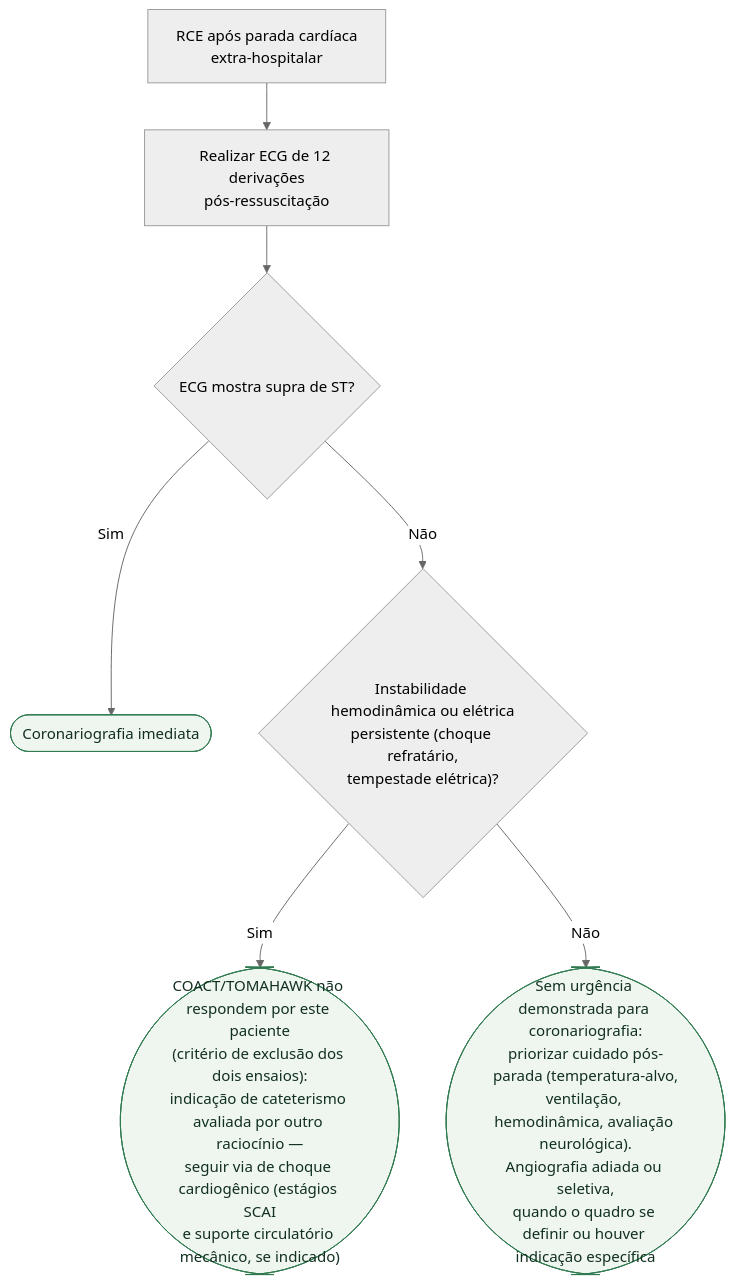
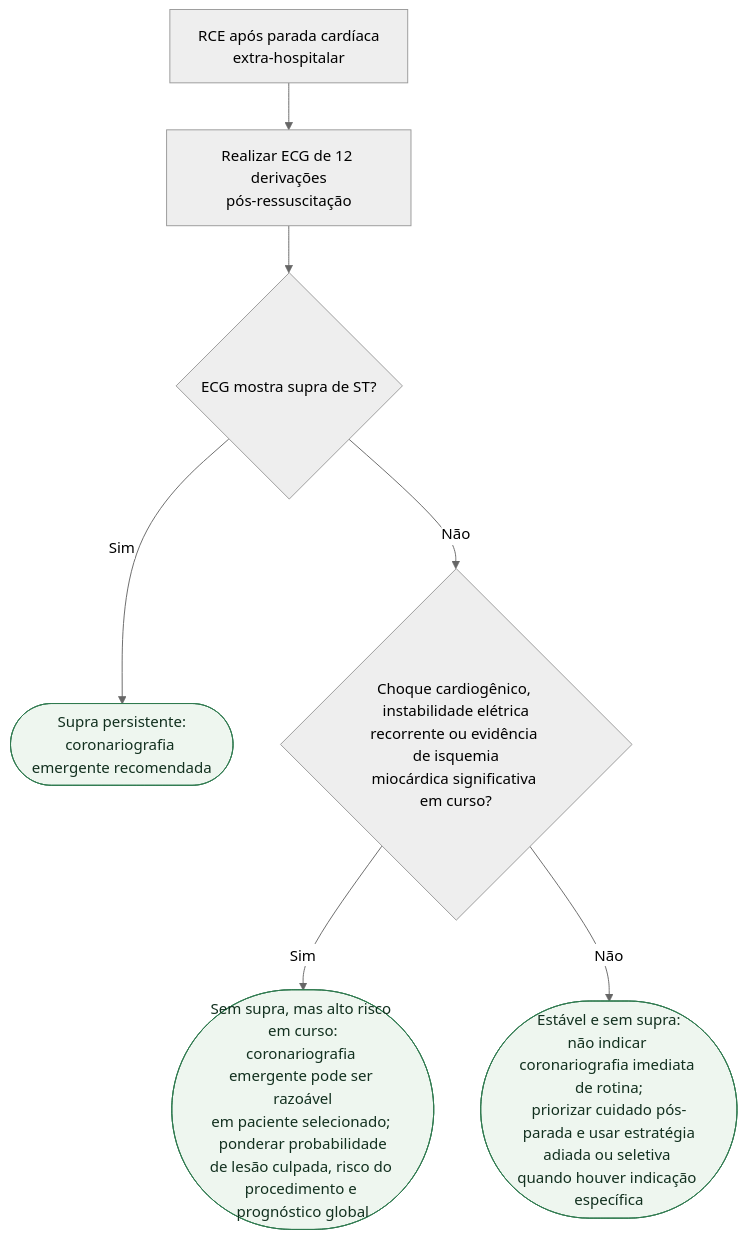
Before and after one commit to rafaelpaesmeirelles/MeuCardio: the diagram in content/Terapia_intensiva/fluxograma-cuidado-pos-parada-e-coronariografia.md, drawn with Mermaid (neutral theme). The commit also changed other lines of this file and 22 other files, not shown here.

````diff
--- a/content/Terapia_intensiva/fluxograma-cuidado-pos-parada-e-coronariografia.md
+++ b/content/Terapia_intensiva/fluxograma-cuidado-pos-parada-e-coronariografia.md
@@ -22,20 +23,20 @@
 ```mermaid
 flowchart TD
   R0["RCE após parada cardíaca<br/>extra-hospitalar"]
   P1["Realizar ECG de 12 derivações<br/>pós-ressuscitação"]
   D1{"ECG mostra supra de ST?"}
-  C1(["Coronariografia imediata"])
-  D2{"Instabilidade hemodinâmica ou elétrica<br/>persistente (choque refratário,<br/>tempestade elétrica)?"}
-  C2(["COACT/TOMAHAWK não respondem por este paciente<br/>(critério de exclusão dos dois ensaios):<br/>indicação de cateterismo avaliada por outro raciocínio —<br/>seguir via de choque cardiogênico (estágios SCAI<br/>e suporte circulatório mecânico, se indicado)"])
-  C3(["Sem urgência demonstrada para coronariografia:<br/>priorizar cuidado pós-parada (temperatura-alvo,<br/>ventilação, hemodinâmica, avaliação neurológica).<br/>Angiografia adiada ou seletiva,<br/>quando o quadro se definir ou houver indicação específica"])
+  C1(["Supra persistente:<br/>coronariografia emergente recomendada"])
+  D2{"Choque cardiogênico, instabilidade elétrica<br/>recorrente ou evidência de isquemia<br/>miocárdica significativa em curso?"}
+  C2(["Sem supra, mas alto risco em curso:<br/>coronariografia emergente pode ser razoável<br/>em paciente selecionado; ponderar probabilidade<br/>de lesão culpada, risco do procedimento e prognóstico global"])
+  C3(["Estável e sem supra:<br/>não indicar coronariografia imediata de rotina;<br/>priorizar cuidado pós-parada e usar estratégia<br/>adiada ou seletiva quando houver indicação específica"])
 
   R0 --> P1
   P1 --> D1
   D1 -->|"Sim"| C1
   D1 -->|"Não"| D2
   D2 -->|"Sim"| C2
   D2 -->|"Não"| C3
 
   classDef conduta fill:#eef6ef,stroke:#2f7a4f,color:#12301f;
   class C1,C2,C3 conduta;
 ```
````
